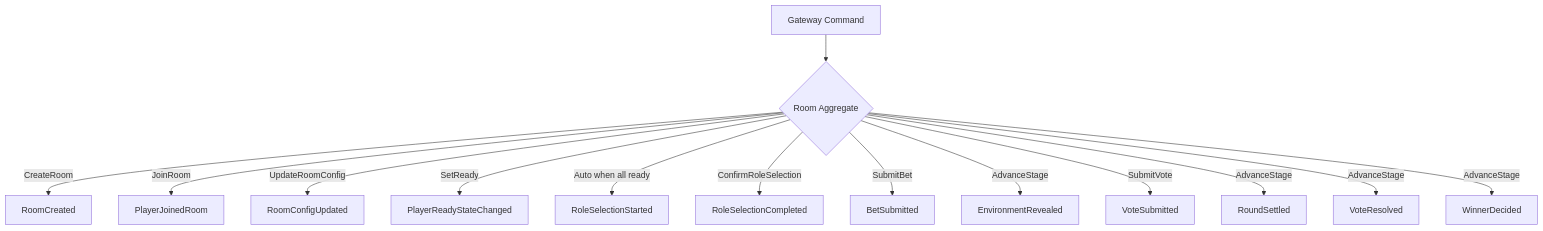
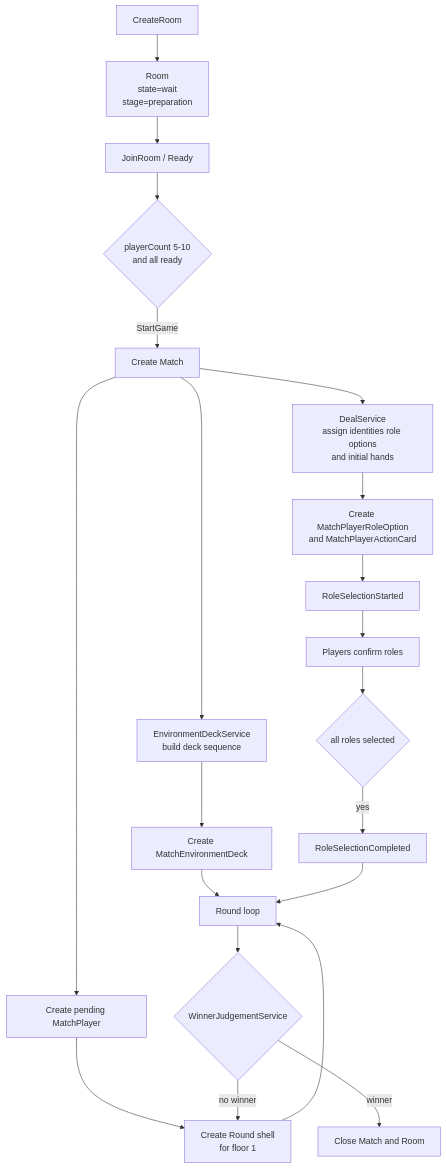
Before and after one commit to sadofriod/deskgame: the first of 3 diagrams in docs/flows/room-flow.md, drawn with Mermaid. The commit also changed other lines of this file and 25 other files, not shown here.

Commit message:
new flow doc

````diff
--- a/docs/flows/room-flow.md
+++ b/docs/flows/room-flow.md
@@ -7,16 +7,23 @@
 ```mermaid
 flowchart TD
-  A[Gateway Command] --> B{Room Aggregate}
-  B -->|CreateRoom| C[RoomCreated]
-  B -->|JoinRoom| D[PlayerJoinedRoom]
-  B -->|UpdateRoomConfig| E[RoomConfigUpdated]
-  B -->|SetReady| F[PlayerReadyStateChanged]
-  B -->|Auto when all ready| G[RoleSelectionStarted]
-  B -->|ConfirmRoleSelection| H[RoleSelectionCompleted]
-  B -->|SubmitBet| I[BetSubmitted]
-  B -->|AdvanceStage| J[EnvironmentRevealed]
-  B -->|SubmitVote| K[VoteSubmitted]
-  B -->|AdvanceStage| L[RoundSettled]
-  B -->|AdvanceStage| M[VoteResolved]
-  B -->|AdvanceStage| N[WinnerDecided]
+  A[CreateRoom] --> B[Room\nstate=wait\nstage=preparation]
+  B --> C[JoinRoom / Ready]
+  C --> D{playerCount 5-10\nand all ready}
+  D -->|StartGame| E[Create Match]
+  E --> F[DealService\nassign identities role options\nand initial hands]
+  E --> G[Create pending MatchPlayer]
+  E --> H[EnvironmentDeckService\nbuild deck sequence]
+  F --> I[Create MatchPlayerRoleOption\nand MatchPlayerActionCard]
+  G --> J[Create Round shell\nfor floor 1]
+  H --> K[Create MatchEnvironmentDeck]
+  I --> L[RoleSelectionStarted]
+  L --> M[Players confirm roles]
+  M --> N{all roles selected}
+  N -->|yes| O[RoleSelectionCompleted]
+  J --> P[Round loop]
+  K --> P
+  O --> P
+  P --> Q{WinnerJudgementService}
+  Q -->|no winner| J
+  Q -->|winner| R[Close Match and Room]
 ```
````
